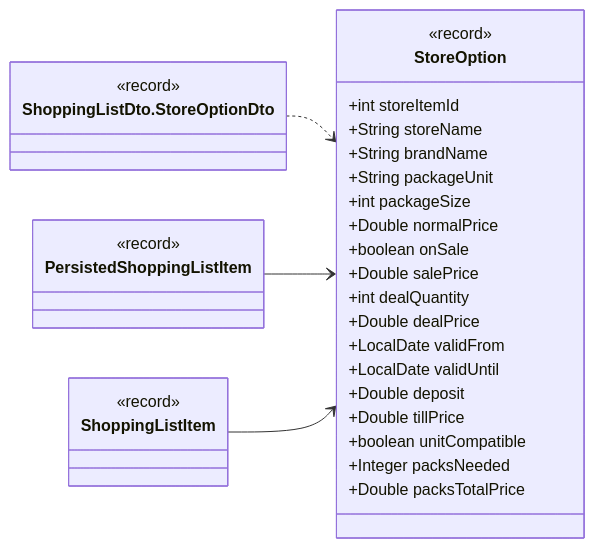
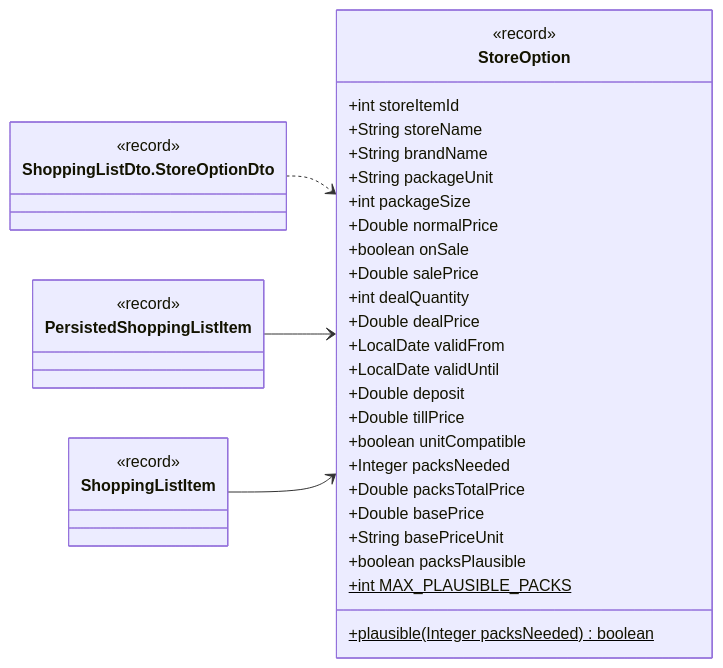
One commit to Nate-ryan-7690/dahaem changed diagram 16 of 17 in docs/classes/shopping.md. Above: the diagram before and after it, drawn with Mermaid. The commit also changed other lines of this file and 4 other files, not shown here.

````diff
--- a/docs/classes/shopping.md
+++ b/docs/classes/shopping.md
@@ -786,36 +814,41 @@
 ```mermaid
 classDiagram
     direction LR
     class shopping_StoreOption["StoreOption"] {
         <<record>>
         +int storeItemId
         +String storeName
         +String brandName
         +String packageUnit
         +int packageSize
         +Double normalPrice
         +boolean onSale
         +Double salePrice
         +int dealQuantity
         +Double dealPrice
         +LocalDate validFrom
         +LocalDate validUntil
         +Double deposit
         +Double tillPrice
         +boolean unitCompatible
         +Integer packsNeeded
         +Double packsTotalPrice
+        +Double basePrice
+        +String basePriceUnit
+        +boolean packsPlausible
+        +int MAX_PLAUSIBLE_PACKS$
+        +plausible(Integer packsNeeded) boolean$
     }
     class shopping_PersistedShoppingListItem["PersistedShoppingListItem"] {
         <<record>>
     }
     class shopping_ShoppingListItem["ShoppingListItem"] {
         <<record>>
     }
     class api_ShoppingListDto_StoreOptionDto["ShoppingListDto.StoreOptionDto"] {
         <<record>>
     }
     api_ShoppingListDto_StoreOptionDto ..> shopping_StoreOption
     shopping_PersistedShoppingListItem --> shopping_StoreOption
     shopping_ShoppingListItem --> shopping_StoreOption
 ```
````
